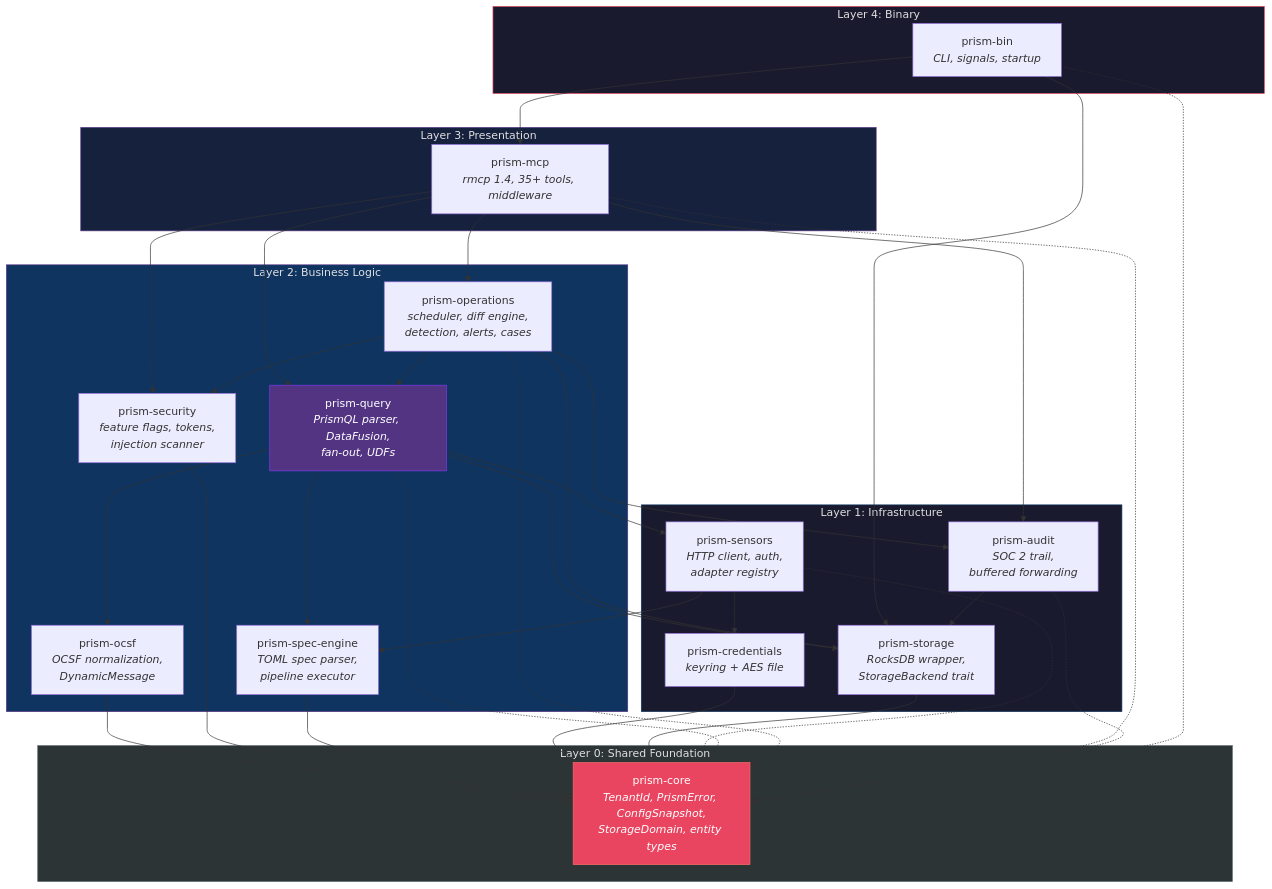
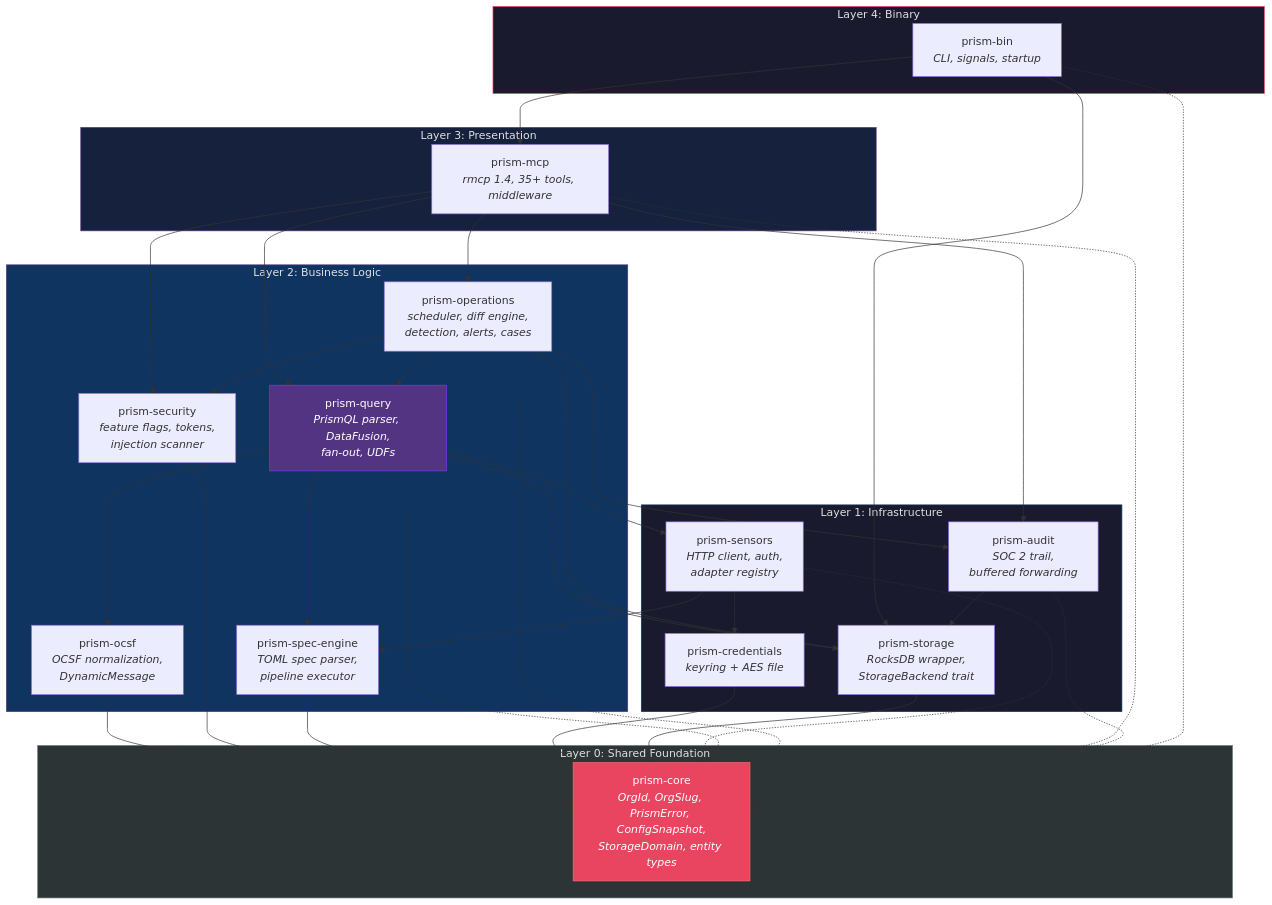
Before and after one commit to drbothen/prism: the first of 2 diagrams in specs/architecture/module-decomposition.md, drawn with Mermaid. The commit also changed other lines of this file and 16 other files, not shown here.

````diff
--- a/specs/architecture/module-decomposition.md
+++ b/specs/architecture/module-decomposition.md
@@ -60,67 +60,67 @@
 ```mermaid
 graph TB
     subgraph L4["Layer 4: Binary"]
         BIN["prism-bin<br/><i>CLI, signals, startup</i>"]
     end
 
     subgraph L3["Layer 3: Presentation"]
         MCP["prism-mcp<br/><i>rmcp 1.4, 35+ tools, middleware</i>"]
     end
 
     subgraph L2["Layer 2: Business Logic"]
         QUERY["prism-query<br/><i>PrismQL parser, DataFusion,<br/>fan-out, UDFs</i>"]
         OPS["prism-operations<br/><i>scheduler, diff engine,<br/>detection, alerts, cases</i>"]
         OCSF["prism-ocsf<br/><i>OCSF normalization,<br/>DynamicMessage</i>"]
         SPEC["prism-spec-engine<br/><i>TOML spec parser,<br/>pipeline executor</i>"]
         SEC["prism-security<br/><i>feature flags, tokens,<br/>injection scanner</i>"]
     end
 
     subgraph L1["Layer 1: Infrastructure"]
         SENS["prism-sensors<br/><i>HTTP client, auth,<br/>adapter registry</i>"]
         CRED["prism-credentials<br/><i>keyring + AES file</i>"]
         STOR["prism-storage<br/><i>RocksDB wrapper,<br/>StorageBackend trait</i>"]
         AUD["prism-audit<br/><i>SOC 2 trail,<br/>buffered forwarding</i>"]
     end
 
     subgraph L0["Layer 0: Shared Foundation"]
-        CORE["prism-core<br/><i>TenantId, PrismError, ConfigSnapshot,<br/>StorageDomain, entity types</i>"]
+        CORE["prism-core<br/><i>OrgId, OrgSlug, PrismError, ConfigSnapshot,<br/>StorageDomain, entity types</i>"]
     end
 
     BIN --> MCP
     BIN --> STOR
     MCP --> QUERY
     MCP --> OPS
     MCP --> SEC
     MCP --> AUD
     QUERY --> SENS
     QUERY --> OCSF
     QUERY --> SPEC
     QUERY --> STOR
     OPS --> QUERY
     OPS --> SEC
     OPS --> AUD
     OPS --> STOR
     SENS --> SPEC
     SENS --> CRED
     AUD --> STOR
 
     OCSF --> CORE
     SEC --> CORE
     SPEC --> CORE
     CRED --> CORE
     STOR --> CORE
     SENS -.-> CORE
     QUERY -.-> CORE
     OPS -.-> CORE
     MCP -.-> CORE
     AUD -.-> CORE
     BIN -.-> CORE
 
     style L4 fill:#1a1a2e,stroke:#e94560,color:#e0e0e0
     style L3 fill:#16213e,stroke:#533483,color:#e0e0e0
     style L2 fill:#0f3460,stroke:#533483,color:#e0e0e0
     style L1 fill:#1a1a2e,stroke:#0f3460,color:#e0e0e0
     style L0 fill:#2d3436,stroke:#636e72,color:#e0e0e0
     style CORE fill:#e94560,stroke:#ff6b6b,color:#fff
     style QUERY fill:#533483,stroke:#7c3aed,color:#fff
 ```
````
